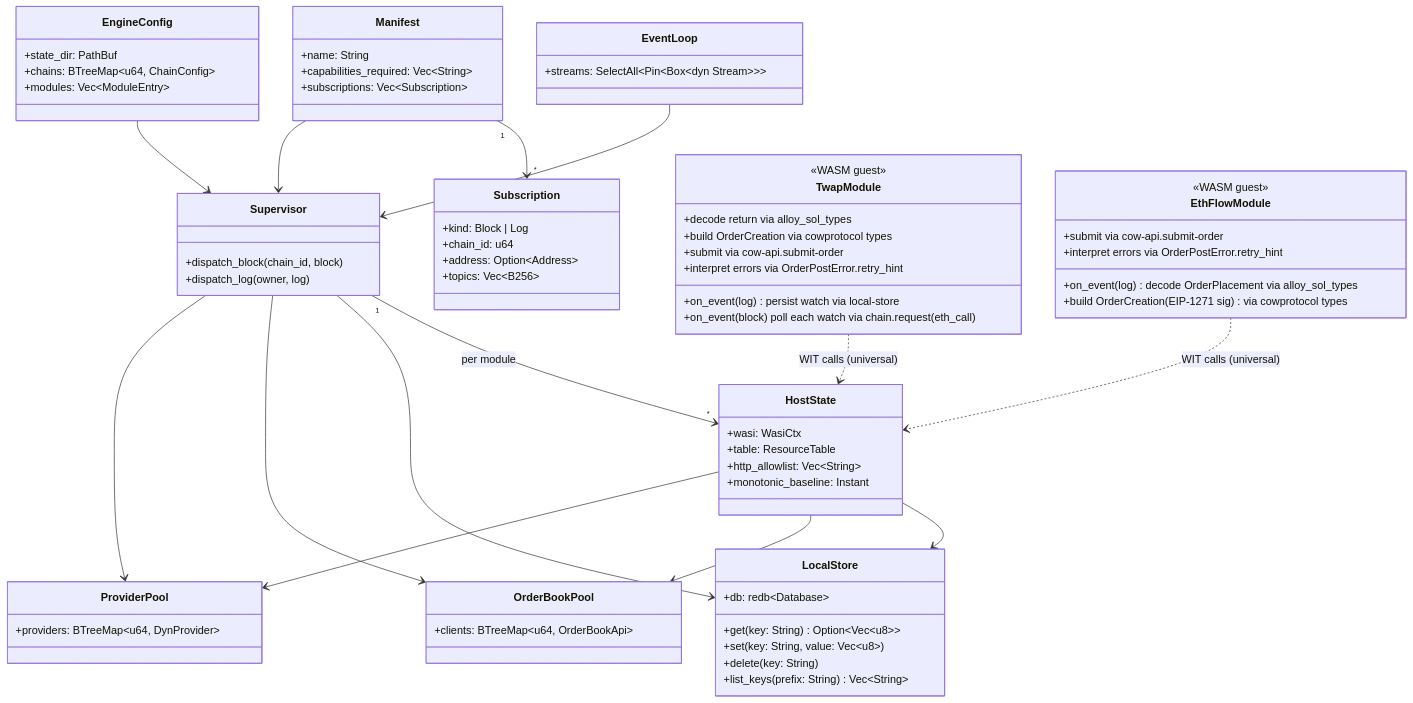
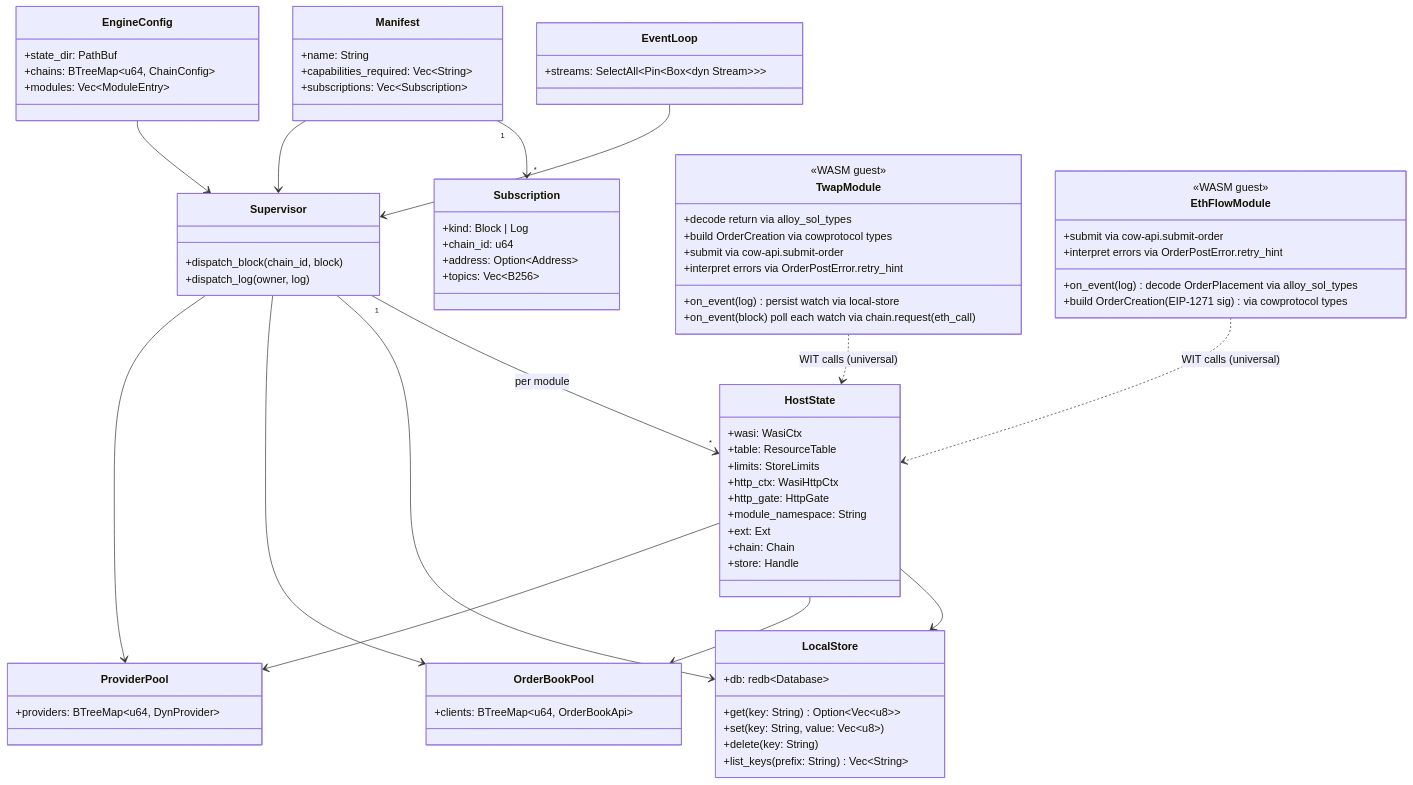
Before and after one commit to nullislabs/shepherd: the second of 8 diagrams in docs/diagrams/diagrams.md, drawn with Mermaid. The commit also changed other lines of this file and 10 other files, not shown here.

First line of the commit message:
docs: describe the wasi:http and ambient-clocks capability surface

````diff
--- a/docs/diagrams/diagrams.md
+++ b/docs/diagrams/diagrams.md
@@ -59,80 +59,80 @@
 ```mermaid
 classDiagram
     class EngineConfig {
         +state_dir: PathBuf
         +chains: BTreeMap~u64, ChainConfig~
         +modules: Vec~ModuleEntry~
     }
     class Manifest {
         +name: String
         +capabilities_required: Vec~String~
         +subscriptions: Vec~Subscription~
     }
     class Subscription {
         +kind: Block | Log
         +chain_id: u64
         +address: Option~Address~
         +topics: Vec~B256~
     }
     class Supervisor {
         +dispatch_block(chain_id, block)
         +dispatch_log(owner, log)
     }
     class ProviderPool {
         +providers: BTreeMap~u64, DynProvider~
     }
     class OrderBookPool {
         +clients: BTreeMap~u64, OrderBookApi~
     }
     class LocalStore {
         +db: redb~Database~
         +get(key: String) Option~Vec~u8~~
         +set(key: String, value: Vec~u8~)
         +delete(key: String)
         +list_keys(prefix: String) Vec~String~
     }
     class HostState {
         +wasi: WasiCtx
         +table: ResourceTable
-        +http_allowlist: Vec~String~
-        +monotonic_baseline: Instant
-        %% M2 additions (ADR-0005):
-        %% +module_namespace: [u8; 32]   (ENS namehash or keccak256)
-        %% +provider_pool: Arc~ProviderPool~
-        %% +ob_pool: Arc~OrderBookPool~
-        %% +local_store: Arc~LocalStore~
+        +limits: StoreLimits
+        +http_ctx: WasiHttpCtx
+        +http_gate: HttpGate
+        +module_namespace: String
+        +ext: Ext
+        +chain: Chain
+        +store: Handle
     }
     class EventLoop {
         +streams: SelectAll~Pin~Box~dyn Stream~~~
     }
     class TwapModule {
         <<WASM guest>>
         +on_event(log) persist watch via local-store
         +on_event(block) poll each watch via chain.request(eth_call)
         +decode return via alloy_sol_types
         +build OrderCreation via cowprotocol types
         +submit via cow-api.submit-order
         +interpret errors via OrderPostError.retry_hint
     }
     class EthFlowModule {
         <<WASM guest>>
         +on_event(log) decode OrderPlacement via alloy_sol_types
         +build OrderCreation (EIP-1271 sig) via cowprotocol types
         +submit via cow-api.submit-order
         +interpret errors via OrderPostError.retry_hint
     }
 
     EngineConfig --> Supervisor
     Manifest --> Supervisor
     Manifest "1" --> "*" Subscription
     Supervisor --> ProviderPool
     Supervisor --> OrderBookPool
     Supervisor --> LocalStore
     Supervisor "1" --> "*" HostState : per module
     HostState --> ProviderPool
     HostState --> OrderBookPool
     HostState --> LocalStore
     EventLoop --> Supervisor
     TwapModule ..> HostState : WIT calls (universal)
     EthFlowModule ..> HostState : WIT calls (universal)
 ```
````
